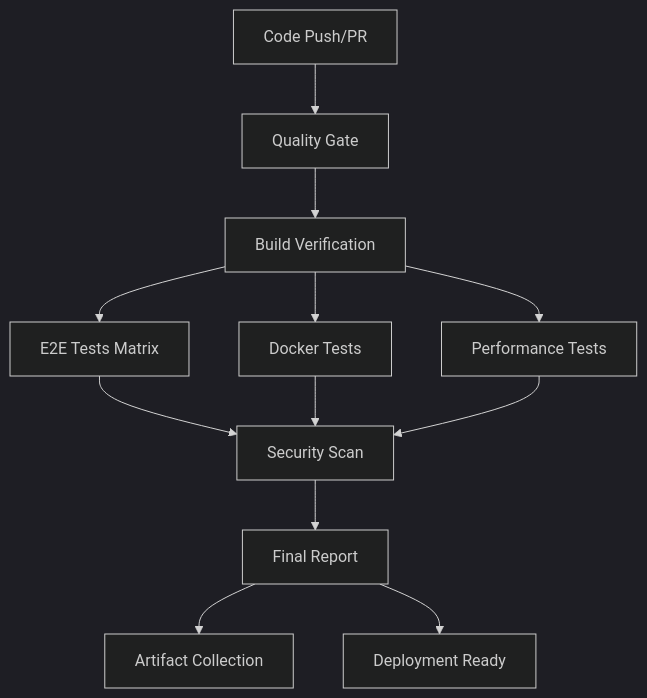
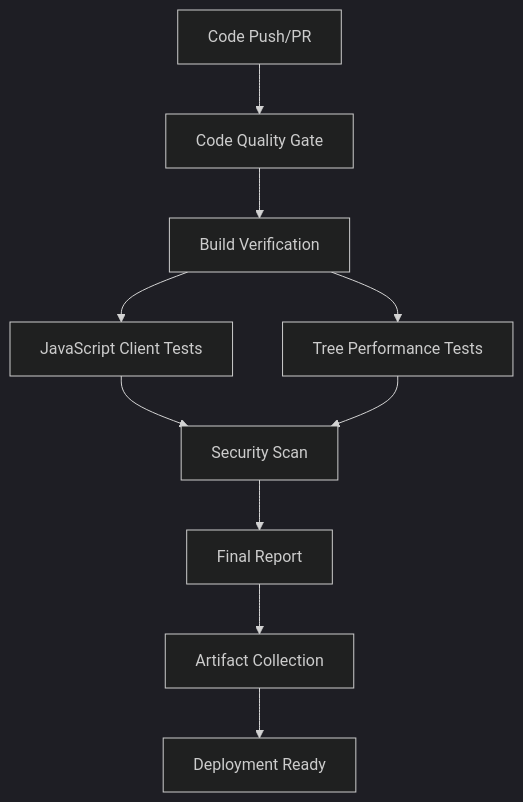
The first of 2 diagrams in docs/CI_CD_PIPELINE.md (livetemplate/livetemplate), drawn with Mermaid (dark theme) before and after one commit. The commit also changed other lines of this file and 177 other files, not shown here.

````diff
--- a/docs/CI_CD_PIPELINE.md
+++ b/docs/CI_CD_PIPELINE.md
@@ -11,14 +11,12 @@
 ```mermaid
 graph TD
-    A[Code Push/PR] --> B[Quality Gate]
+    A[Code Push/PR] --> B[Code Quality Gate]
     B --> C[Build Verification]
-    C --> D[E2E Tests Matrix]
-    C --> E[Docker Tests]
-    C --> F[Performance Tests]
-    D --> G[Security Scan]
-    E --> G
-    F --> G
-    G --> H[Final Report]
-    H --> I[Artifact Collection]
-    H --> J[Deployment Ready]
+    C --> D[JavaScript Client Tests]
+    C --> E[Tree Performance Tests]
+    D --> F[Security Scan]
+    E --> F
+    F --> G[Final Report]
+    G --> H[Artifact Collection]
+    H --> I[Deployment Ready]
 ```
````
